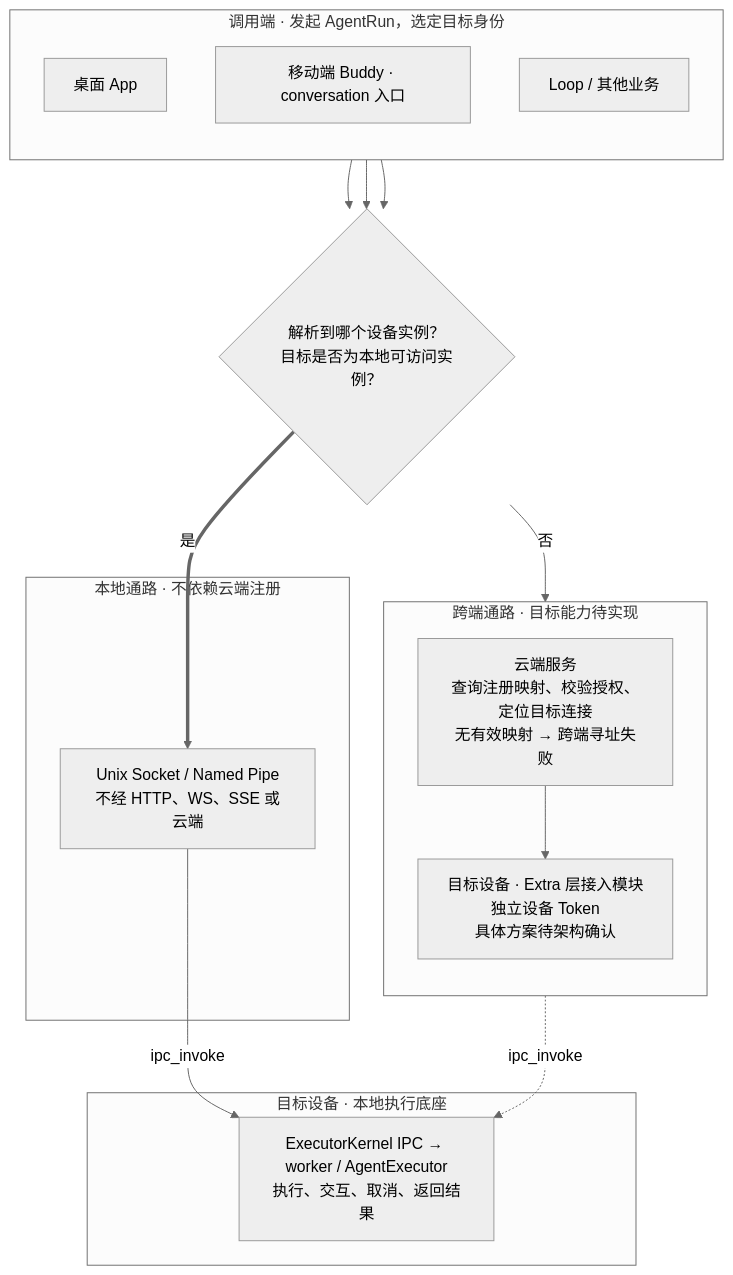
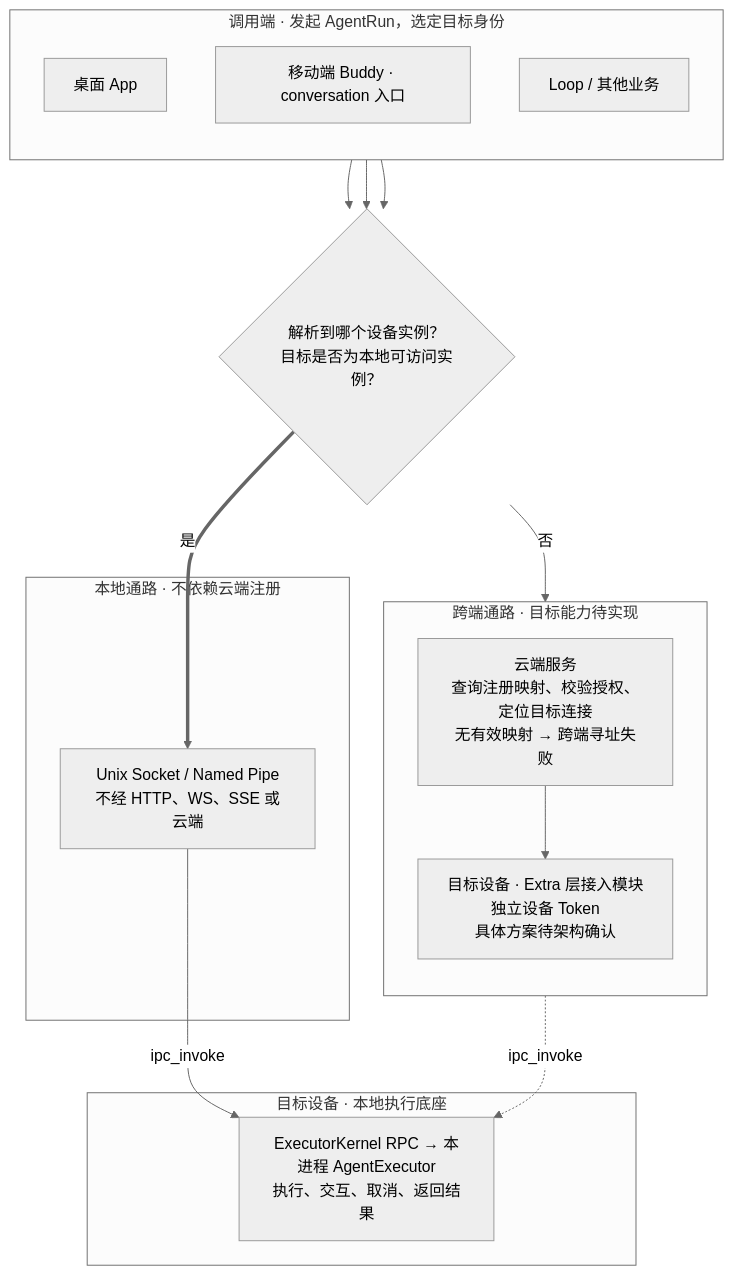
The third of 3 diagrams in ARCHITECTURE.md (Mininglamp-OSS/octo-runtime), drawn with Mermaid (neutral theme) before and after one commit. The commit also changed other lines of this file and 195 other files, not shown here.

First line of the commit message:
refactor(kernel): compose native adapters through unified RPC

````diff
--- a/ARCHITECTURE.md
+++ b/ARCHITECTURE.md
@@ -173,29 +175,29 @@
 ```mermaid
 flowchart TB
     subgraph Callers["调用端 · 发起 AgentRun，选定目标身份"]
         direction TB
         Desktop["桌面 App"]
         Buddy["移动端 Buddy · conversation 入口"]
         Loop["Loop / 其他业务"]
     end
     Resolve{"解析到哪个设备实例？<br/>目标是否为本地可访问实例？"}
     subgraph LocalPath["本地通路 · 不依赖云端注册"]
         IPC["Unix Socket / Named Pipe<br/>不经 HTTP、WS、SSE 或云端"]
     end
     subgraph RemotePath["跨端通路 · 目标能力待实现"]
         direction TB
         Cloud["云端服务<br/>查询注册映射、校验授权、定位目标连接<br/>无有效映射 → 跨端寻址失败"]
         Remote["目标设备 · Extra 层接入模块<br/>独立设备 Token<br/>具体方案待架构确认"]
         Cloud --> Remote
     end
     subgraph Kernel["目标设备 · 本地执行底座"]
-        Host["ExecutorKernel IPC → worker / AgentExecutor<br/>执行、交互、取消、返回结果"]
+        Host["ExecutorKernel RPC → 本进程 AgentExecutor<br/>执行、交互、取消、返回结果"]
     end
     Desktop --> Resolve
     Buddy --> Resolve
     Loop --> Resolve
     Resolve ==>|"是"| IPC
     Resolve -->|"否"| Cloud
     IPC -->|"ipc_invoke"| Host
     Remote -.->|"ipc_invoke"| Host
 ```
````
